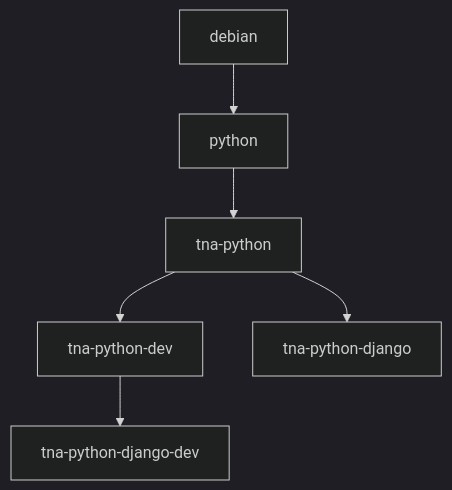
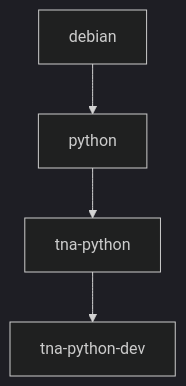
One commit to nationalarchives/docker changed the diagram in README.md. Above: the diagram before and after it, drawn with Mermaid (dark theme). The commit also changed other lines of this file and 21 other files, not shown here.

````diff
--- a/README.md
+++ b/README.md
@@ -22,8 +20,6 @@
 ```mermaid
 graph TD;
     debian --> python;
     python --> tna-python;
     tna-python --> tna-python-dev;
-    tna-python --> tna-python-django;
-    tna-python-dev --> tna-python-django-dev;
 ```
````
